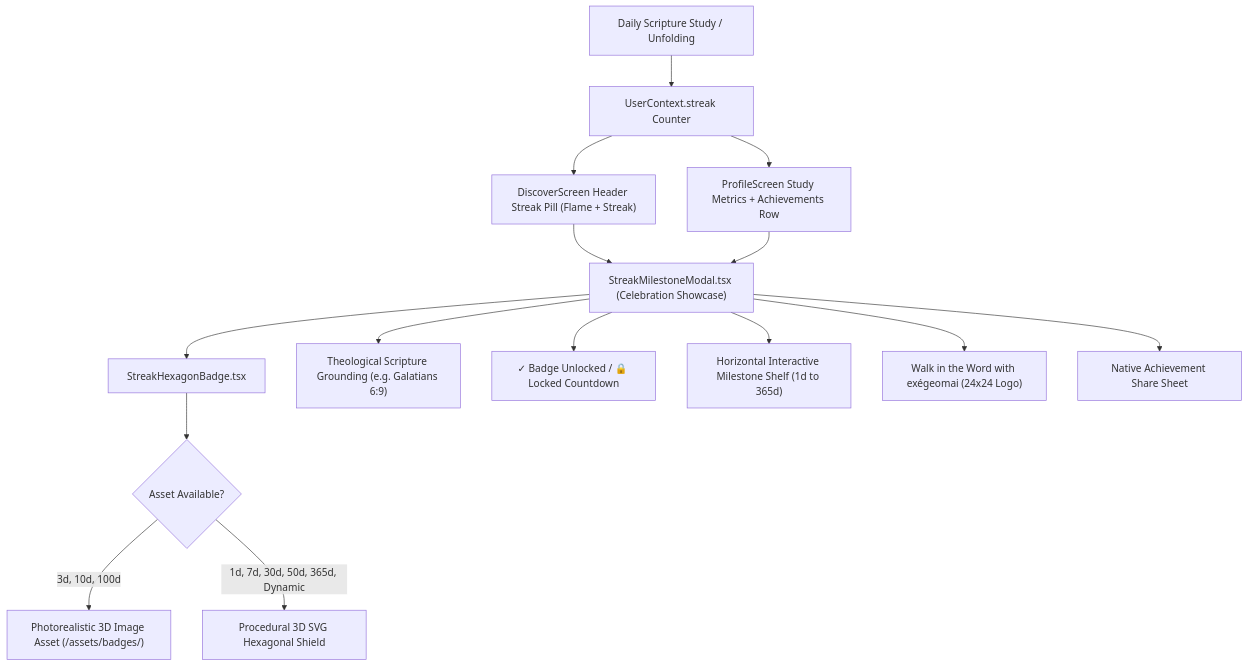
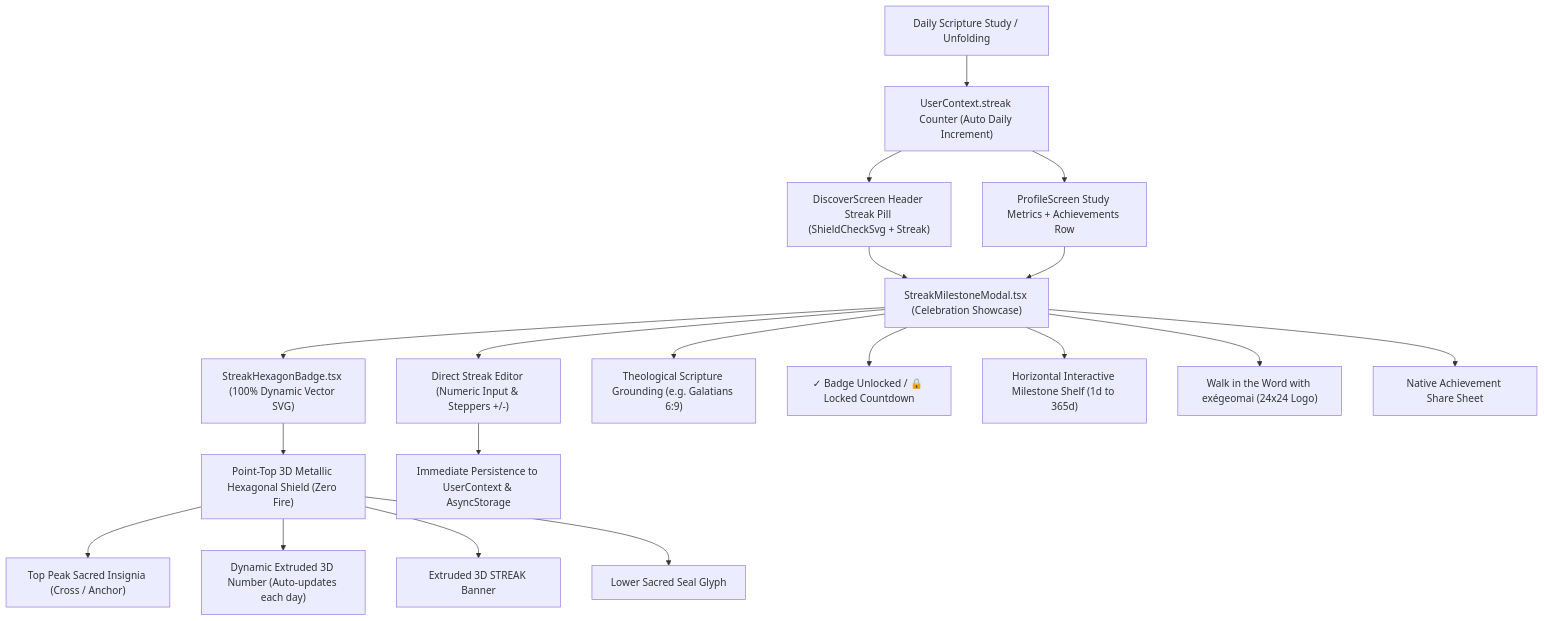
The fifth of 5 diagrams in README.md (thulanesigasa/bible_fun_facts), drawn with Mermaid before and after one commit. The commit also changed other lines of this file and 9 other files, not shown here.

First line of the commit message:
feat(streak): remove fire from badges and implement daily editable streak controls

````diff
--- a/README.md
+++ b/README.md
@@ -423,20 +423,24 @@
 ```mermaid
 graph TD
-    UserDevotion["Daily Scripture Study / Unfolding"] --> StreakCounter["UserContext.streak Counter"]
-    StreakCounter --> HeaderTrigger["DiscoverScreen Header Streak Pill (Flame + Streak)"]
+    UserDevotion["Daily Scripture Study / Unfolding"] --> StreakCounter["UserContext.streak Counter (Auto Daily Increment)"]
+    StreakCounter --> HeaderTrigger["DiscoverScreen Header Streak Pill (ShieldCheckSvg + Streak)"]
     StreakCounter --> ProfileTrigger["ProfileScreen Study Metrics + Achievements Row"]
     
     HeaderTrigger --> MilestoneModal["StreakMilestoneModal.tsx (Celebration Showcase)"]
     ProfileTrigger --> MilestoneModal
     
-    MilestoneModal --> HexBadge["StreakHexagonBadge.tsx"]
-    HexBadge --> RenderBranch{"Asset Available?"}
-    RenderBranch -->|3d, 10d, 100d| PreRendered["Photorealistic 3D Image Asset (/assets/badges/)"]
-    RenderBranch -->|1d, 7d, 30d, 50d, 365d, Dynamic| VectorShield["Procedural 3D SVG Hexagonal Shield"]
+    MilestoneModal --> HexBadge["StreakHexagonBadge.tsx (100% Dynamic Vector SVG)"]
+    HexBadge --> MetallicShield["Point-Top 3D Metallic Hexagonal Shield (Zero Fire)"]
+    MetallicShield --> SacredInsignia["Top Peak Sacred Insignia (Cross / Anchor)"]
+    MetallicShield --> ExtrudedNumber["Dynamic Extruded 3D Number (Auto-updates each day)"]
+    MetallicShield --> ExtrudedBanner["Extruded 3D STREAK Banner"]
+    MetallicShield --> LowerSeal["Lower Sacred Seal Glyph"]
     
+    MilestoneModal --> EditableControls["Direct Streak Editor (Numeric Input & Steppers +/-)"]
+    EditableControls --> UserContext["Immediate Persistence to UserContext & AsyncStorage"]
     MilestoneModal --> ScriptureAnchor["Theological Scripture Grounding (e.g. Galatians 6:9)"]
     MilestoneModal --> UnlockStatus["✓ Badge Unlocked / 🔒 Locked Countdown"]
     MilestoneModal --> MilestoneShelf["Horizontal Interactive Milestone Shelf (1d to 365d)"]
     MilestoneModal --> BrandFooter["Walk in the Word with exégeomai (24x24 Logo)"]
     MilestoneModal --> NativeShare["Native Achievement Share Sheet"]
 ```
````
